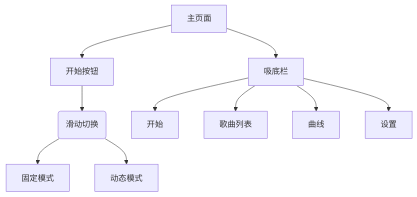
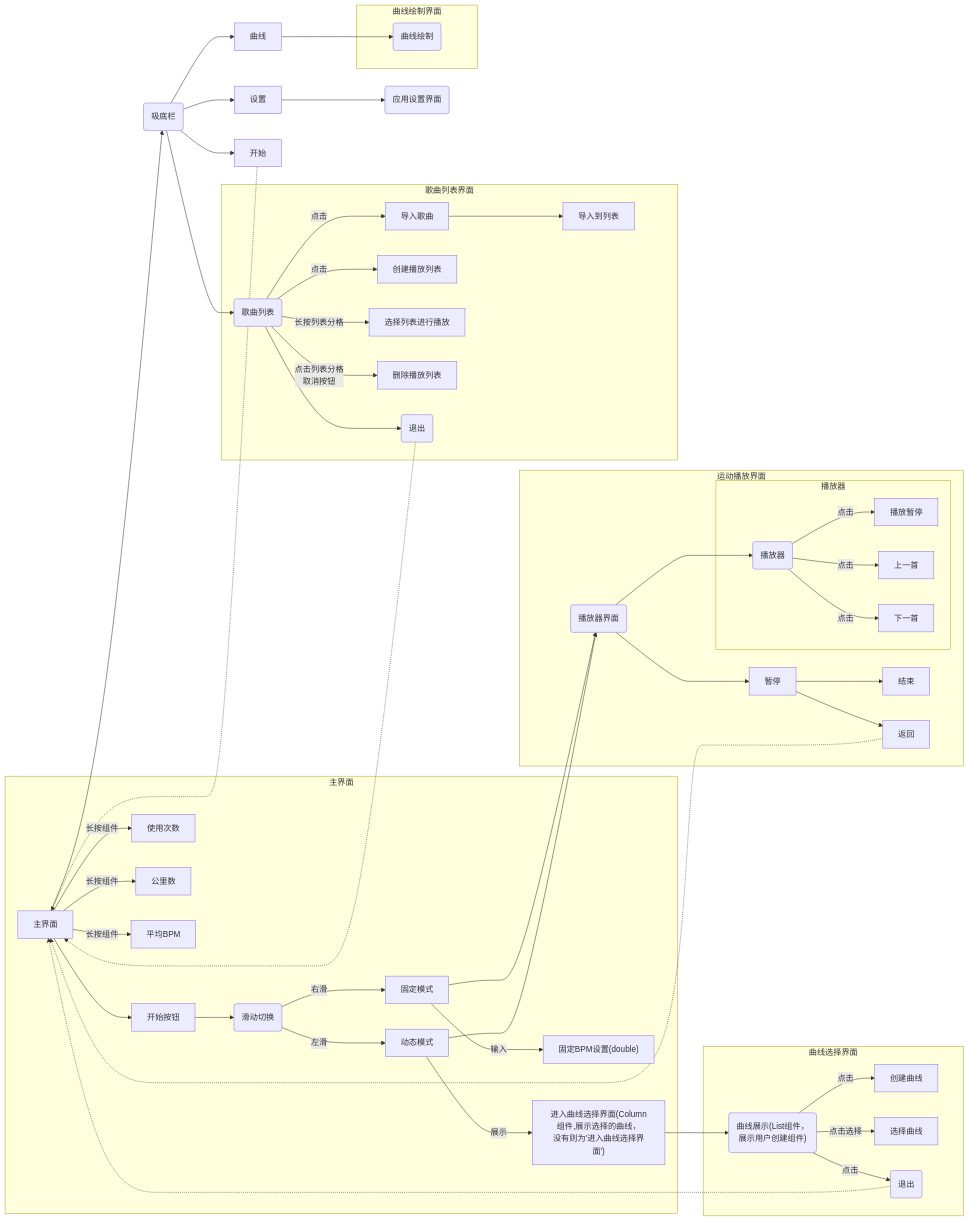
Before and after one commit to ZX-RAY1124/Beat-Per-Mile: the diagram in entry/src/main/resources/base/media/mermaid_discription.md, drawn with Mermaid. The commit also changed other lines of this file, not shown here.

Commit message:
Add  chart

````diff
--- a/entry/src/main/resources/base/media/mermaid_discription.md
+++ b/entry/src/main/resources/base/media/mermaid_discription.md
@@ -2,9 +4,78 @@
 ```mermaid
-flowchart TD
-    A[主页面] --> B[开始按钮]
-    B --> H(滑动切换)
-    H --> C[固定模式]
-    H --> D[动态模式]
-    A --> E[吸底栏]
-    E --> Start[开始]; E --> Song[歌曲列表]; E --> liner[曲线] ;E -->setting[设置]
+flowchart LR
+    
+    subgraph 主界面
+        A[主界面]
+        B[开始按钮]
+        BPM_SET["固定BPM设置(double)"]
+        LINER_SET["进入曲线选择界面(Column组件,展示选择的曲线，<br>没有则为'进入曲线选择界面')"]
+        used_time[使用次数]
+        kilometer[公里数]
+        Per_BPM[平均BPM]
+        
+        A --> B
+        A -->|长按组件| used_time
+        A -->|长按组件|kilometer
+        A -->|长按组件| Per_BPM
+        B --> H(滑动切换)
+        H --> |右滑|C[固定模式]
+        H --> |左滑|D[动态模式]
+        C -->|输入| BPM_SET
+        D --> |展示|LINER_SET
+    end
+    A --> E(吸底栏)
+    subgraph 运动播放界面
+        media_play(播放器界面)
+        media_play --> player
+        C --> media_play
+        D --> media_play
+        media_play --> pause
+        pause[暂停]--> end_[结束]
+        pause --> back_[返回]
+        back_ -.-> A
+        
+        subgraph 播放器
+            pause_[播放暂停]
+            formal[上一首]
+            next[下一首]
+            player(播放器)
+            
+            player -->|点击| pause_
+            player -->|点击| formal
+            player -->|点击| next
+        end
+    end
+    
+    subgraph 曲线选择界面 
+        liner_set("曲线展示(List组件，<br>展示用户创建组件)")
+        make_liner[创建曲线]
+        chosen[选择曲线]
+        back_liner(退出)
+        
+        LINER_SET --> liner_set -->|点击| make_liner
+        liner_set -->|点击选择| chosen
+        liner_set -->|点击| back_liner
+        back_liner -.-> A
+    end
+    
+    subgraph 歌曲列表界面
+        SONG_LIST(歌曲列表) -->|点击| 导入歌曲 --> 导入到列表
+        SONG_LIST --> |点击| 创建播放列表
+        SONG_LIST -->|长按列表分格|选择列表进行播放
+        SONG_LIST -->|点击列表分格<br>取消按钮| 删除播放列表
+        SONG_LIST --> Song_back(退出)
+        Song_back -.-> A
+    end
+    
+    
+    subgraph 曲线绘制界面
+        LINER_MAKER(曲线绘制)
+    end
+    
+    E --> Start[开始] -.-> A; E --> SONG_LIST; E --> liner[曲线] ;E -->setting[设置]
+    liner --> LINER_MAKER
+    setting --> Setting_page(应用设置界面)
+
+
+
 ```
````
